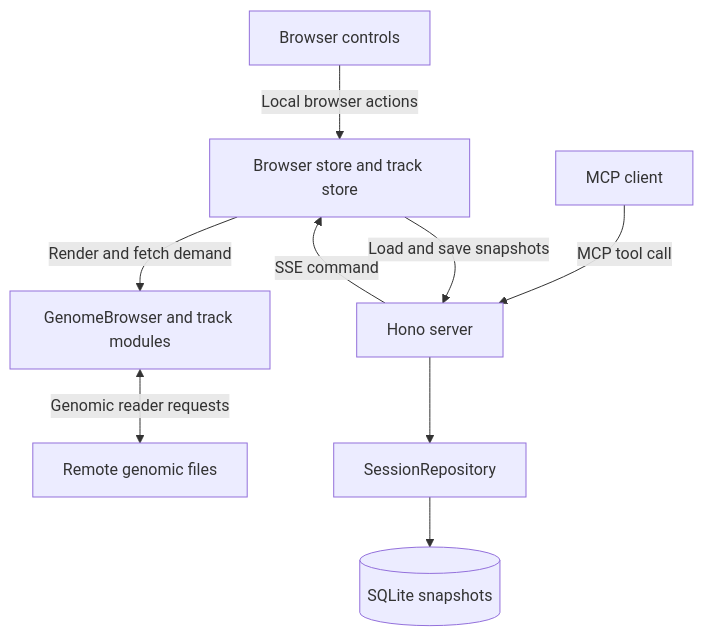
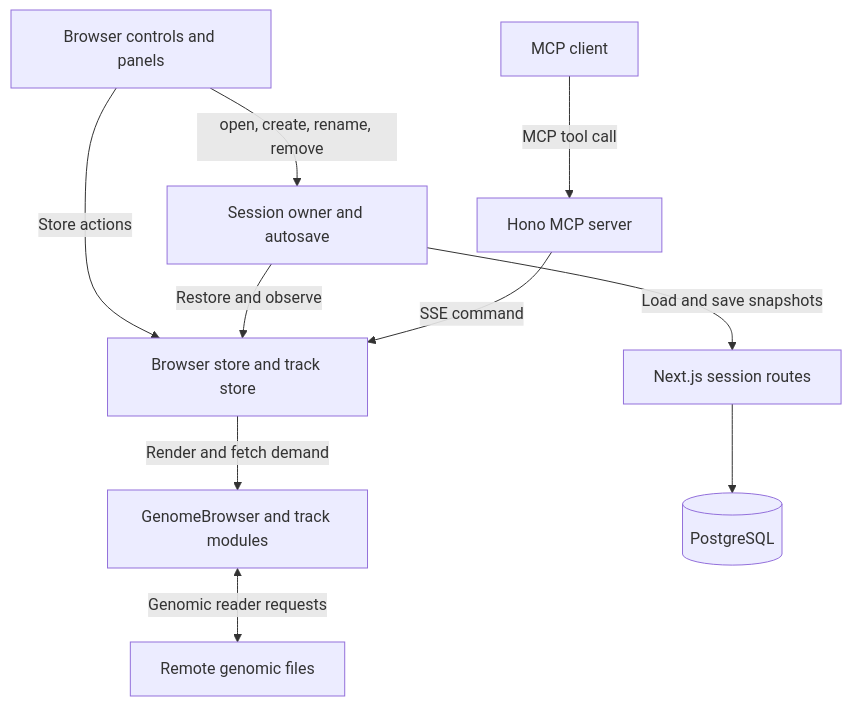
One commit to weng-lab/genomebrowser changed the first of 3 diagrams in apps/web/docs/02-guides/dataFlow.md. Above: the diagram before and after it, drawn with Mermaid. The commit also changed other lines of this file and 187 other files, not shown here.

Commit message:
Refactor app architecture around sessions and optional MCP (#357)

````diff
--- a/apps/web/docs/02-guides/dataFlow.md
+++ b/apps/web/docs/02-guides/dataFlow.md
@@ -22,18 +23,20 @@
 ```mermaid
 flowchart TD
-  UI[Browser controls]
+  UI[Browser controls and panels]
   Agent[MCP client]
+  Owner[Session owner and autosave]
   Stores[Browser store and track store]
   View[GenomeBrowser and track modules]
   Files[Remote genomic files]
-  Server[Hono server]
-  Repo[SessionRepository]
-  DB[(SQLite snapshots)]
-  UI -->|Local browser actions| Stores
-  Agent -->|MCP tool call| Server
-  Server -->|SSE command| Stores
+  Routes[Next.js session routes]
+  DB[(PostgreSQL)]
+  MCP[Hono MCP server]
+  UI -->|Store actions| Stores
+  UI -->|open, create, rename, remove| Owner
+  Owner -->|Restore and observe| Stores
+  Owner -->|Load and save snapshots| Routes --> DB
+  Agent -->|MCP tool call| MCP
+  MCP -->|SSE command| Stores
   Stores -->|Render and fetch demand| View
   View <-->|Genomic reader requests| Files
-  Stores -->|Load and save snapshots| Server
-  Server --> Repo --> DB
 ```
````
